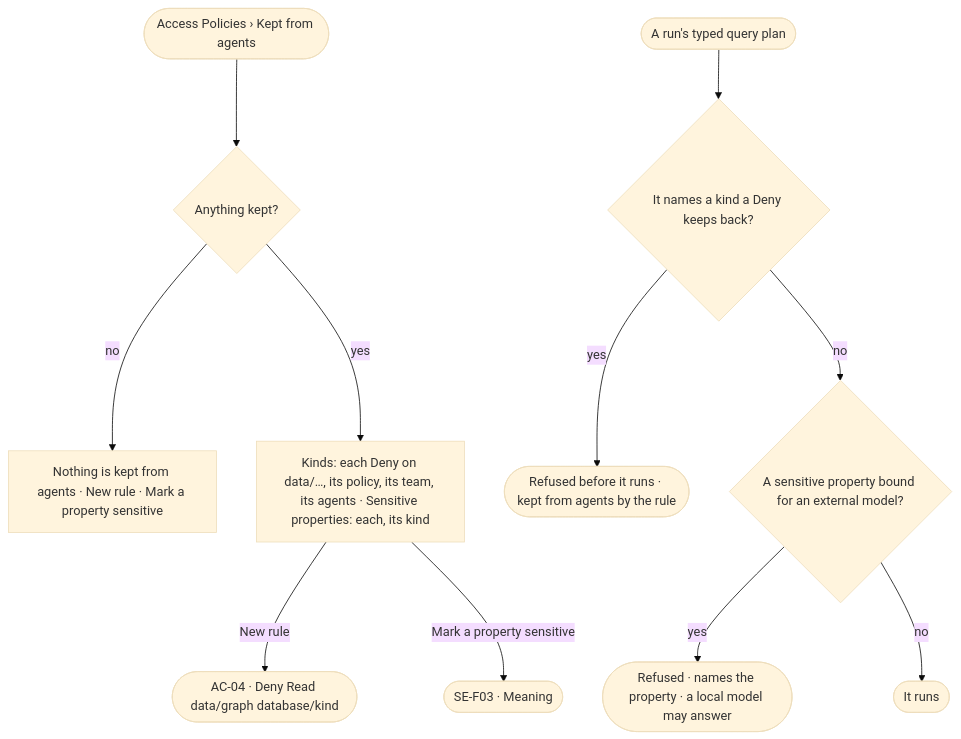
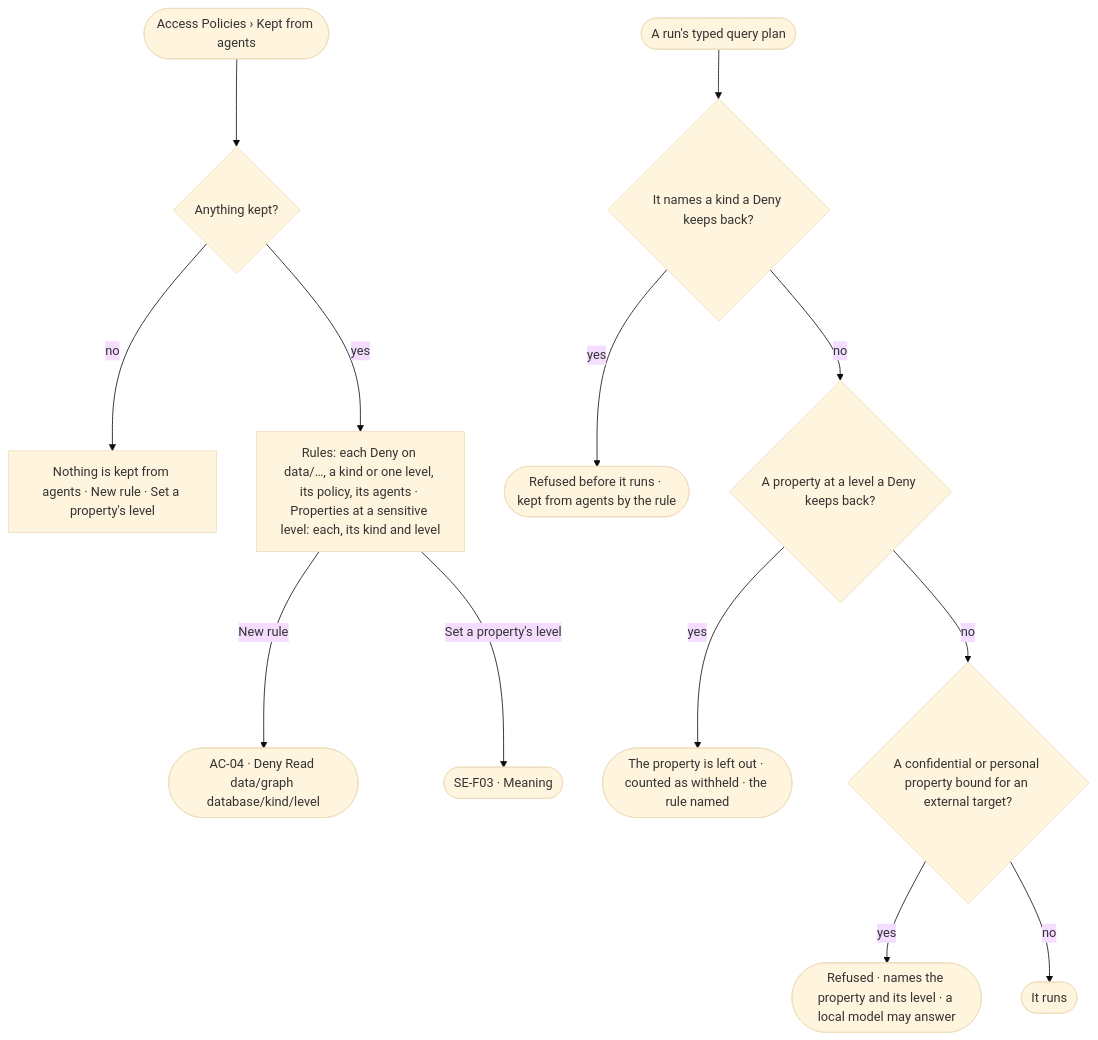
One commit to invana/invana changed the diagram in specs/os/access/features/AC-F02-access-policies/stories/AC-27-keep-a-kind-or-a-sensitive-property-from-agents/story.md. Above: the diagram before and after it, drawn with Mermaid (base theme). The commit also changed other lines of this file and 300 other files, not shown here.

````diff
--- a/specs/os/access/features/AC-F02-access-policies/stories/AC-27-keep-a-kind-or-a-sensitive-property-from-agents/story.md
+++ b/specs/os/access/features/AC-F02-access-policies/stories/AC-27-keep-a-kind-or-a-sensitive-property-from-agents/story.md
@@ -27,13 +30,15 @@
 ```mermaid
 flowchart TD
   s([Access Policies › Kept from agents]) --> k{"Anything kept?"}
-  k -->|no| e["Nothing is kept from agents · New rule · Mark a property sensitive"]
-  k -->|yes| l["Kinds: each Deny on data/…, its policy, its team, its agents · Sensitive properties: each, its kind"]
-  l -->|New rule| r(["AC-04 · Deny Read data/graph database/kind"])
-  l -->|Mark a property sensitive| m(["SE-F03 · Meaning"])
+  k -->|no| e["Nothing is kept from agents · New rule · Set a property's level"]
+  k -->|yes| l["Rules: each Deny on data/…, a kind or one level, its policy, its agents · Properties at a sensitive level: each, its kind and level"]
+  l -->|New rule| r(["AC-04 · Deny Read data/graph database/kind/level"])
+  l -->|Set a property's level| m(["SE-F03 · Meaning"])
   q([A run's typed query plan]) --> c{"It names a kind a Deny keeps back?"}
   c -->|yes| ref(["Refused before it runs · kept from agents by the rule"])
-  c -->|no| p{"A sensitive property bound for an external model?"}
-  p -->|yes| rp(["Refused · names the property · a local model may answer"])
+  c -->|no| lv{"A property at a level a Deny keeps back?"}
+  lv -->|yes| wh(["The property is left out · counted as withheld · the rule named"])
+  lv -->|no| p{"A confidential or personal property bound for an external target?"}
+  p -->|yes| rp(["Refused · names the property and its level · a local model may answer"])
   p -->|no| go(["It runs"])
 ```
````
